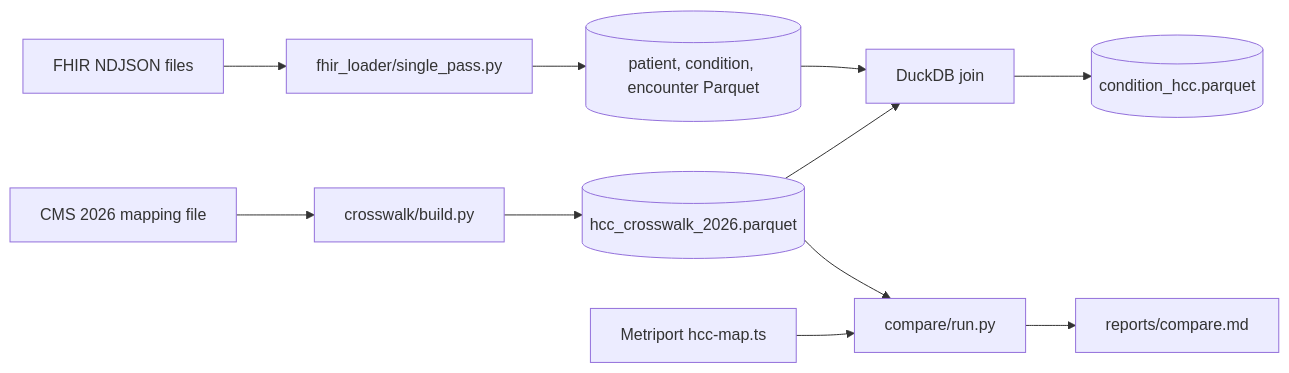
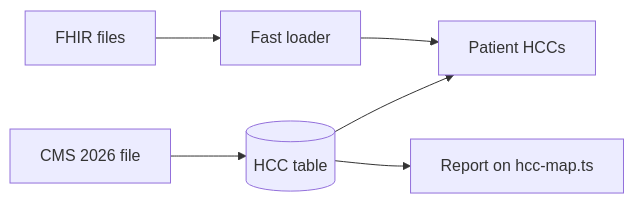
Before and after one commit to WannaBeSolopreneur/metriport-hcc-2026: the diagram in README.md, drawn with Mermaid. The commit also changed other lines of this file and 1 other file, not shown here.

Commit message:
Short, Metriport-focused README. Full details moved to docs/DETAILS.md.

````diff
--- a/README.md
+++ b/README.md
@@ -103,13 +15,8 @@
 ```mermaid
 flowchart LR
-    A[CMS 2026 mapping file] --> B[crosswalk/build.py]
-    B --> C[(hcc_crosswalk_2026.parquet)]
-    D[FHIR NDJSON files] --> E[fhir_loader/single_pass.py]
-    E --> F[(patient, condition, encounter Parquet)]
-    C --> G[DuckDB join]
-    F --> G
-    G --> H[(condition_hcc.parquet)]
-    I[Metriport hcc-map.ts] --> J[compare/run.py]
-    C --> J
-    J --> K[reports/compare.md]
+    A[CMS 2026 file] --> B[(HCC table)]
+    C[FHIR files] --> D[Fast loader]
+    B --> E[Patient HCCs]
+    D --> E
+    B --> F[Report on hcc-map.ts]
 ```
````
